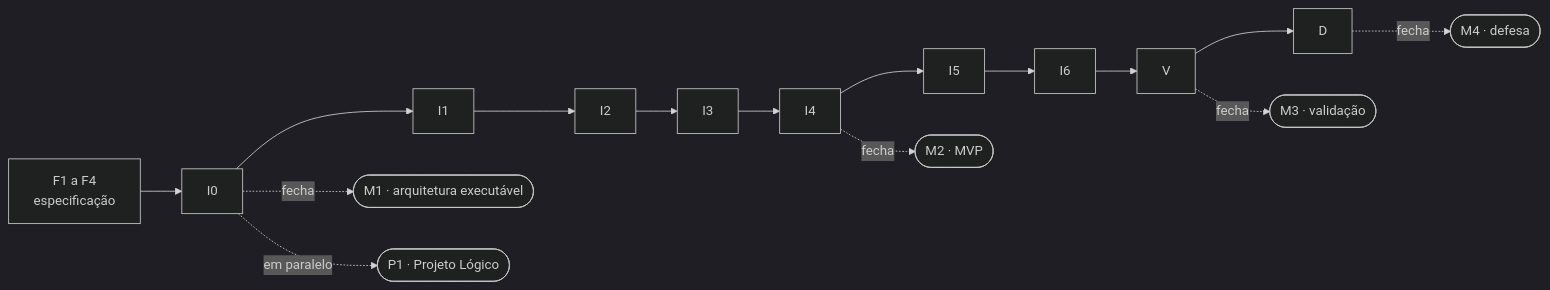
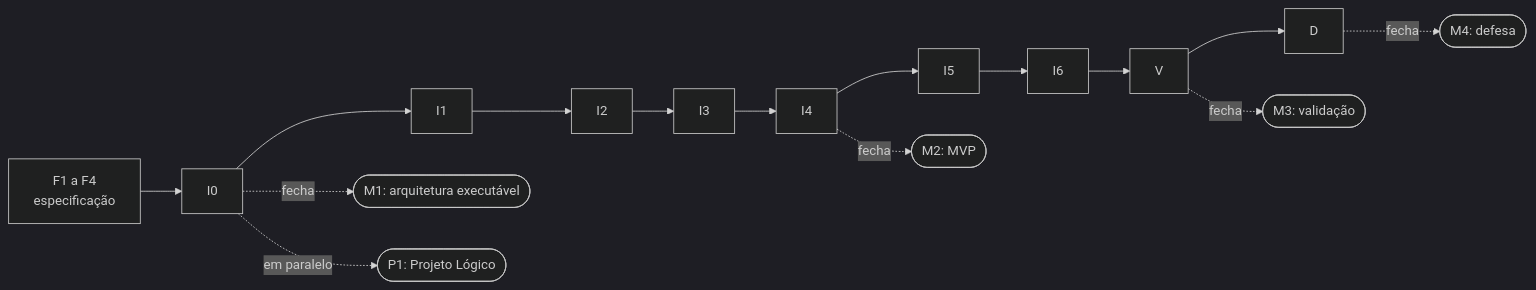
Before and after one commit to zLuuuck/mellyx: the first of 2 diagrams in doc/gh-project-planejamento/legenda-plan.md, drawn with Mermaid (dark theme).

Commit message:
doc: corrido ponto

````diff
--- a/doc/gh-project-planejamento/legenda-plan.md
+++ b/doc/gh-project-planejamento/legenda-plan.md
@@ -9,11 +9,11 @@
 ```mermaid
 flowchart LR
     F["F1 a F4<br/>especificação"] --> I0
     I0 --> I1 --> I2 --> I3 --> I4 --> I5 --> I6 --> V --> D
 
-    I0 -. fecha .-> M1(["M1 · arquitetura executável"])
-    I4 -. fecha .-> M2(["M2 · MVP"])
-    V -. fecha .-> M3(["M3 · validação"])
-    D -. fecha .-> M4(["M4 · defesa"])
-    I0 -. em paralelo .-> P1(["P1 · Projeto Lógico"])
+    I0 -. fecha .-> M1(["M1: arquitetura executável"])
+    I4 -. fecha .-> M2(["M2: MVP"])
+    V -. fecha .-> M3(["M3: validação"])
+    D -. fecha .-> M4(["M4: defesa"])
+    I0 -. em paralelo .-> P1(["P1: Projeto Lógico"])
 ```
````
